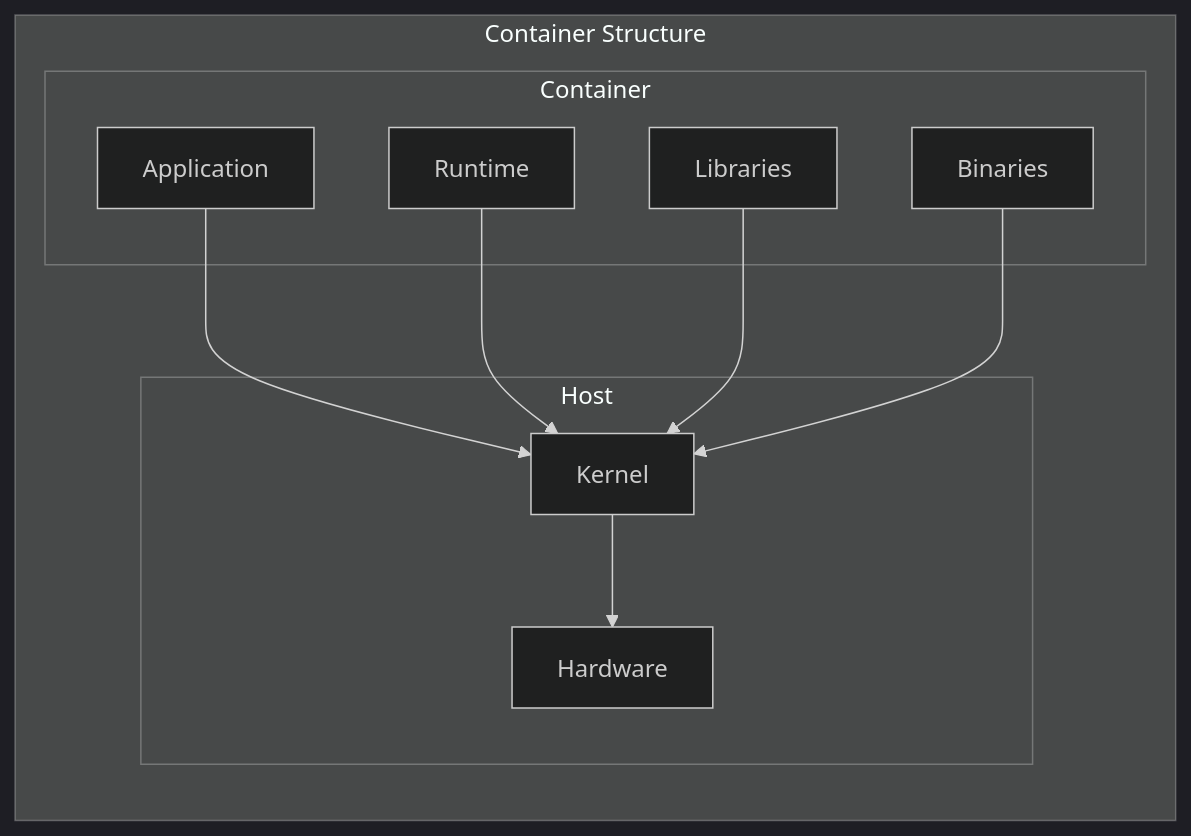
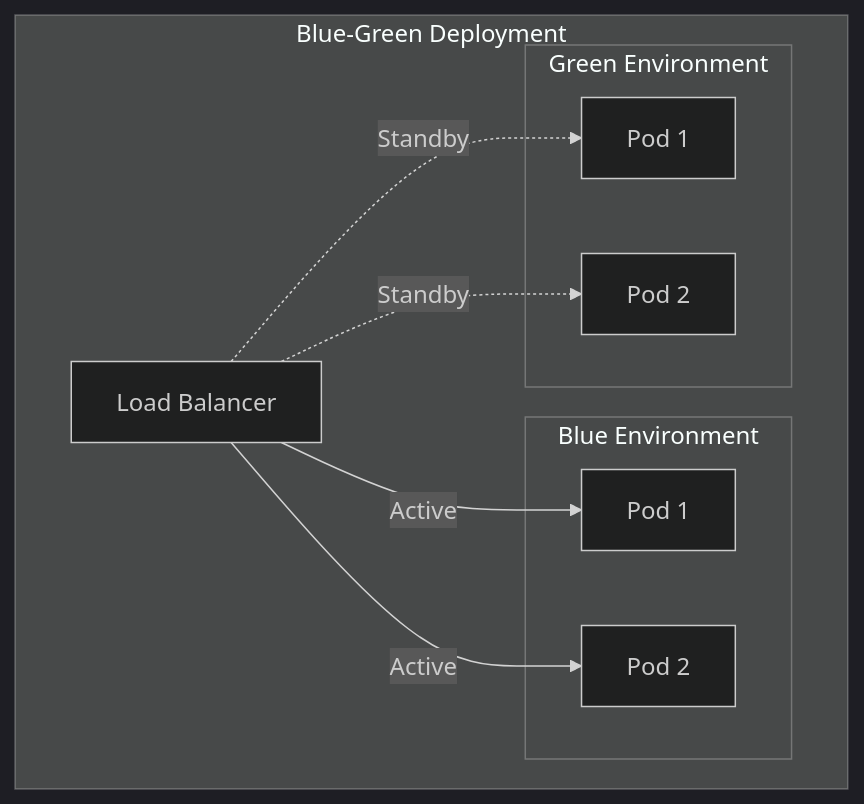
Before and after one commit to saravanakumarrc/Architecture_Journey: the third of 5 diagrams in src/Container_Orchestration_Concepts.md, drawn with Mermaid (dark theme). The commit also changed other lines of this file and 2 other files, not shown here.

Commit message:
Refactor documentation for Cloud & Infrastructure and Message Broker Architectures to include detailed links and enhance clarity on patterns and implementations.

````diff
--- a/src/Container_Orchestration_Concepts.md
+++ b/src/Container_Orchestration_Concepts.md
@@ -28,21 +218,21 @@
 ```mermaid
 graph TB
-    subgraph "Container Structure"
-        direction TB
+    subgraph "Blue-Green Deployment"
+        LB[Load Balancer]
         
-        subgraph "Container"
-            A[Application]
-            R[Runtime]
-            L[Libraries]
-            B[Binaries]
+        subgraph "Blue Environment"
+            B1[Pod 1]
+            B2[Pod 2]
         end
         
-        subgraph "Host"
-            K[Kernel]
-            H[Hardware]
-            K --> H
+        subgraph "Green Environment"
+            G1[Pod 1]
+            G2[Pod 2]
         end
         
-        A & R & L & B --> K
+        LB -->|Active| B1
+        LB -->|Active| B2
+        LB -.->|Standby| G1
+        LB -.->|Standby| G2
     end
 ```
````
